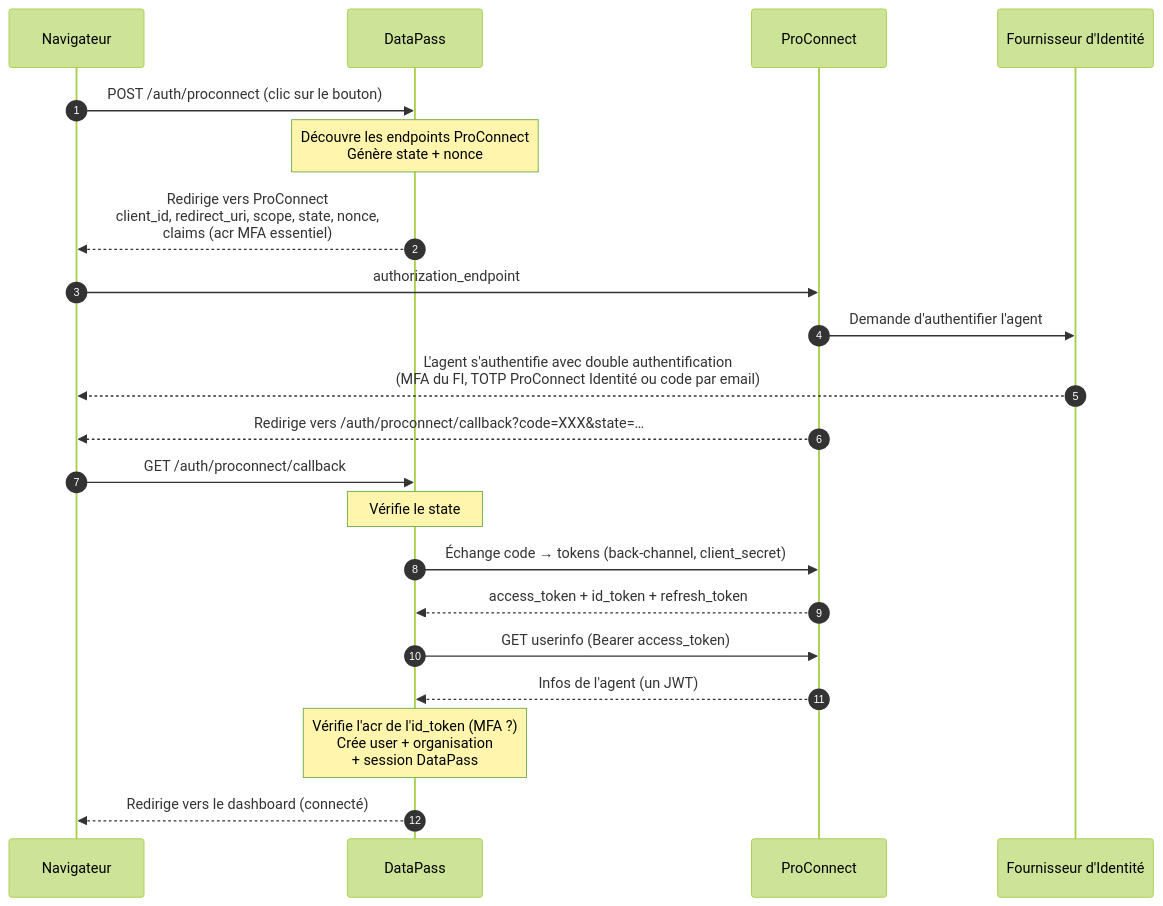
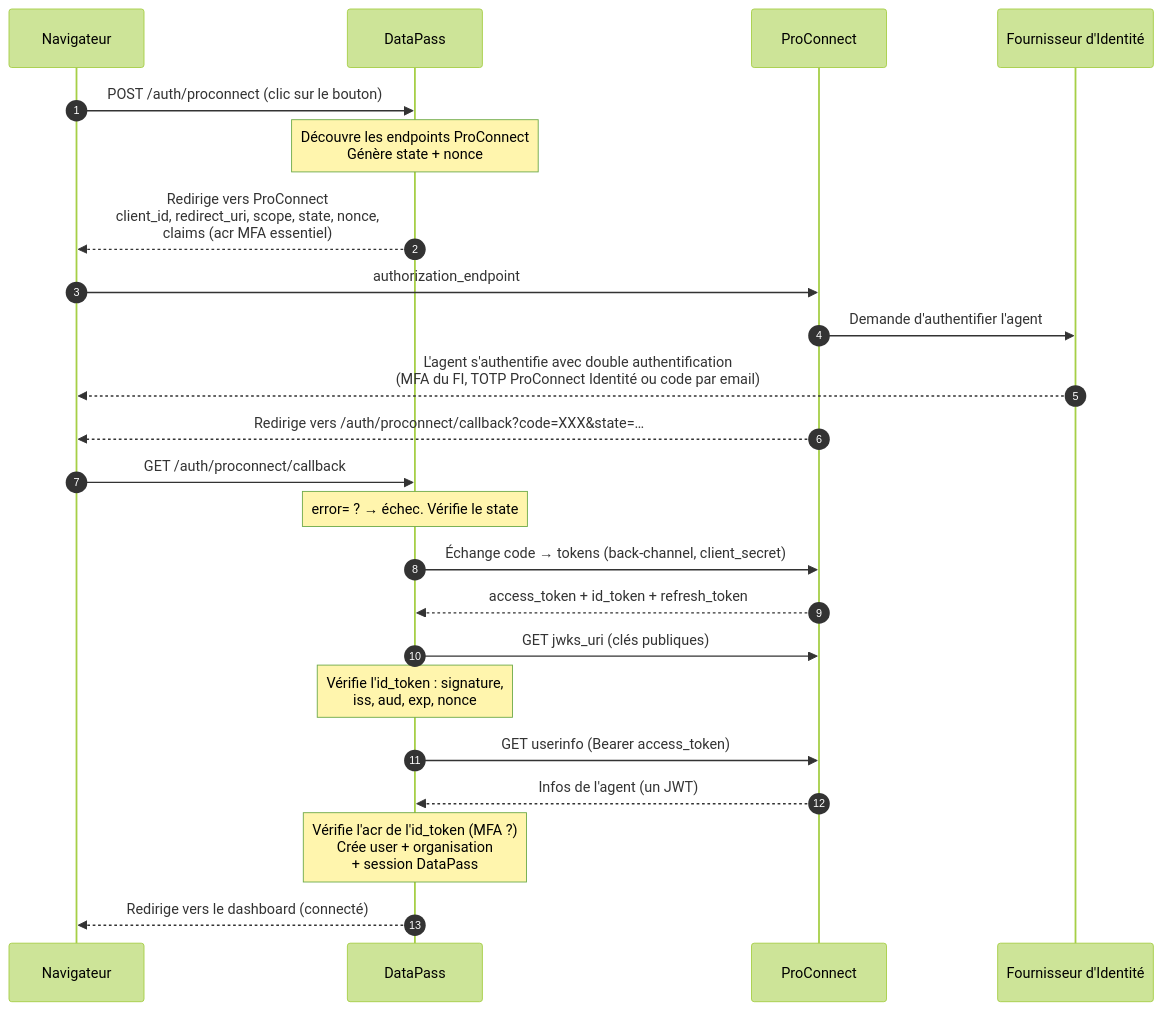
Before and after one commit to etalab/data_pass: the second of 7 diagrams in docs/technique/authentification_proconnect.md, drawn with Mermaid (forest theme). The commit also changed other lines of this file, not shown here.

````diff
--- a/docs/technique/authentification_proconnect.md
+++ b/docs/technique/authentification_proconnect.md
@@ -58,24 +58,26 @@
 ```mermaid
 sequenceDiagram
     autonumber
     participant N as Navigateur
     participant DP as DataPass
     participant PC as ProConnect
     participant FI as Fournisseur d'Identité
 
     N->>DP: POST /auth/proconnect (clic sur le bouton)
     Note over DP: Découvre les endpoints ProConnect<br/>Génère state + nonce
     DP-->>N: Redirige vers ProConnect<br/>client_id, redirect_uri, scope, state, nonce,<br/>claims (acr MFA essentiel)
     N->>PC: authorization_endpoint
     PC->>FI: Demande d'authentifier l'agent
     FI-->>N: L'agent s'authentifie avec double authentification<br/>(MFA du FI, TOTP ProConnect Identité ou code par email)
     PC-->>N: Redirige vers /auth/proconnect/callback?code=XXX&state=…
     N->>DP: GET /auth/proconnect/callback
-    Note over DP: Vérifie le state
+    Note over DP: error= ? → échec. Vérifie le state
     DP->>PC: Échange code → tokens (back-channel, client_secret)
     PC-->>DP: access_token + id_token + refresh_token
+    DP->>PC: GET jwks_uri (clés publiques)
+    Note over DP: Vérifie l'id_token : signature,<br/>iss, aud, exp, nonce
     DP->>PC: GET userinfo (Bearer access_token)
     PC-->>DP: Infos de l'agent (un JWT)
     Note over DP: Vérifie l'acr de l'id_token (MFA ?)<br/>Crée user + organisation<br/>+ session DataPass
     DP-->>N: Redirige vers le dashboard (connecté)
 ```
````
